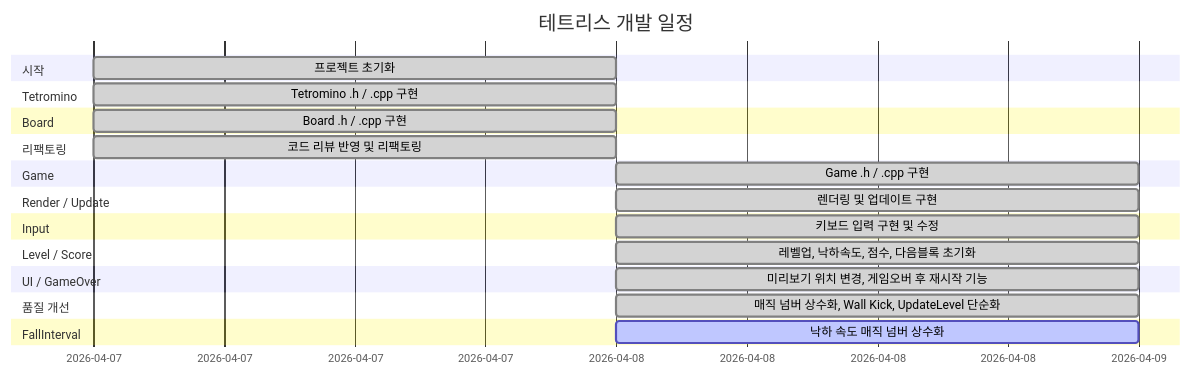
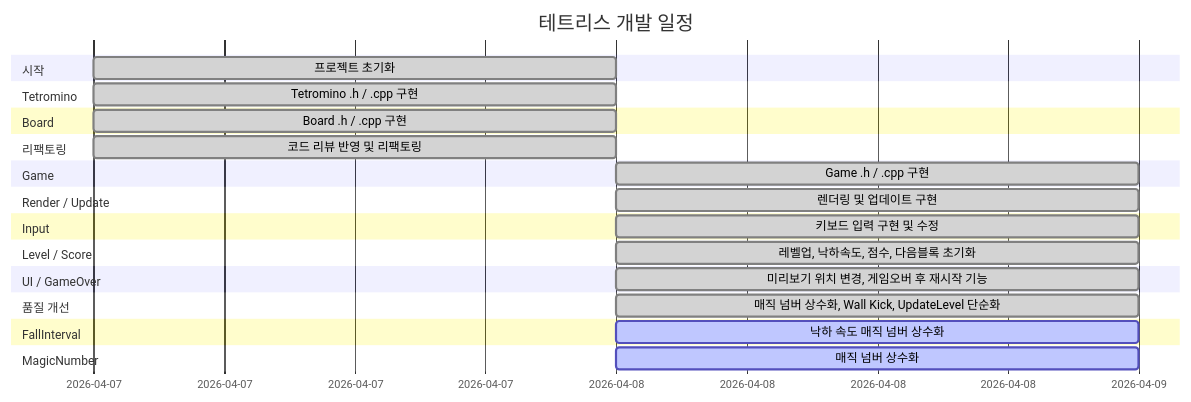
The diagram in README.md (Chance031/Tetris-cpp), drawn with Mermaid before and after one commit. The commit also changed other lines of this file, not shown here.

Commit message:
docs: README 자동 업데이트 [skip ci]

````diff
--- a/README.md
+++ b/README.md
@@ -27,27 +27,29 @@
 ```mermaid
 gantt
     title 테트리스 개발 일정
     dateFormat YYYY-MM-DD
     section 시작
         프로젝트 초기화 :done, init, 2026-04-07, 1d
     section Tetromino
         Tetromino .h / .cpp 구현 :done, t16803, 2026-04-07, 1d
     section Board
         Board .h / .cpp 구현 :done, t84048, 2026-04-07, 1d
     section 리팩토링
         코드 리뷰 반영 및 리팩토링 :done, refactor, 2026-04-07, 1d
     section Game
         Game .h / .cpp 구현 :done, t91896, 2026-04-08, 1d
     section Render / Update
         렌더링 및 업데이트 구현 :done, t47867, 2026-04-08, 1d
     section Input
         키보드 입력 구현 및 수정 :done, t8258, 2026-04-08, 1d
     section Level / Score
         레벨업, 낙하속도, 점수, 다음블록 초기화 :done, t44367, 2026-04-08, 1d
     section UI / GameOver
         미리보기 위치 변경, 게임오버 후 재시작 기능 :done, t55123, 2026-04-08, 1d
     section 품질 개선
         매직 넘버 상수화, Wall Kick, UpdateLevel 단순화 :done, t66234, 2026-04-08, 1d
     section FallInterval
         낙하 속도 매직 넘버 상수화 :active, t66782, 2026-04-08, 1d
+    section MagicNumber
+        매직 넘버 상수화 :active, t23180, 2026-04-08, 1d
 ```
````
